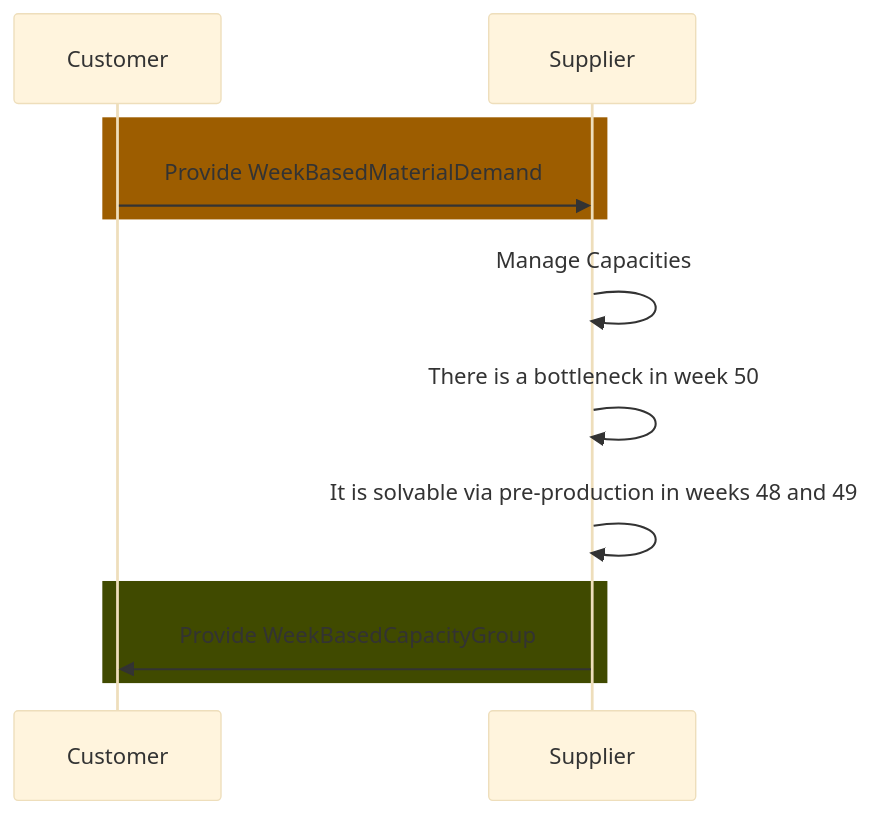
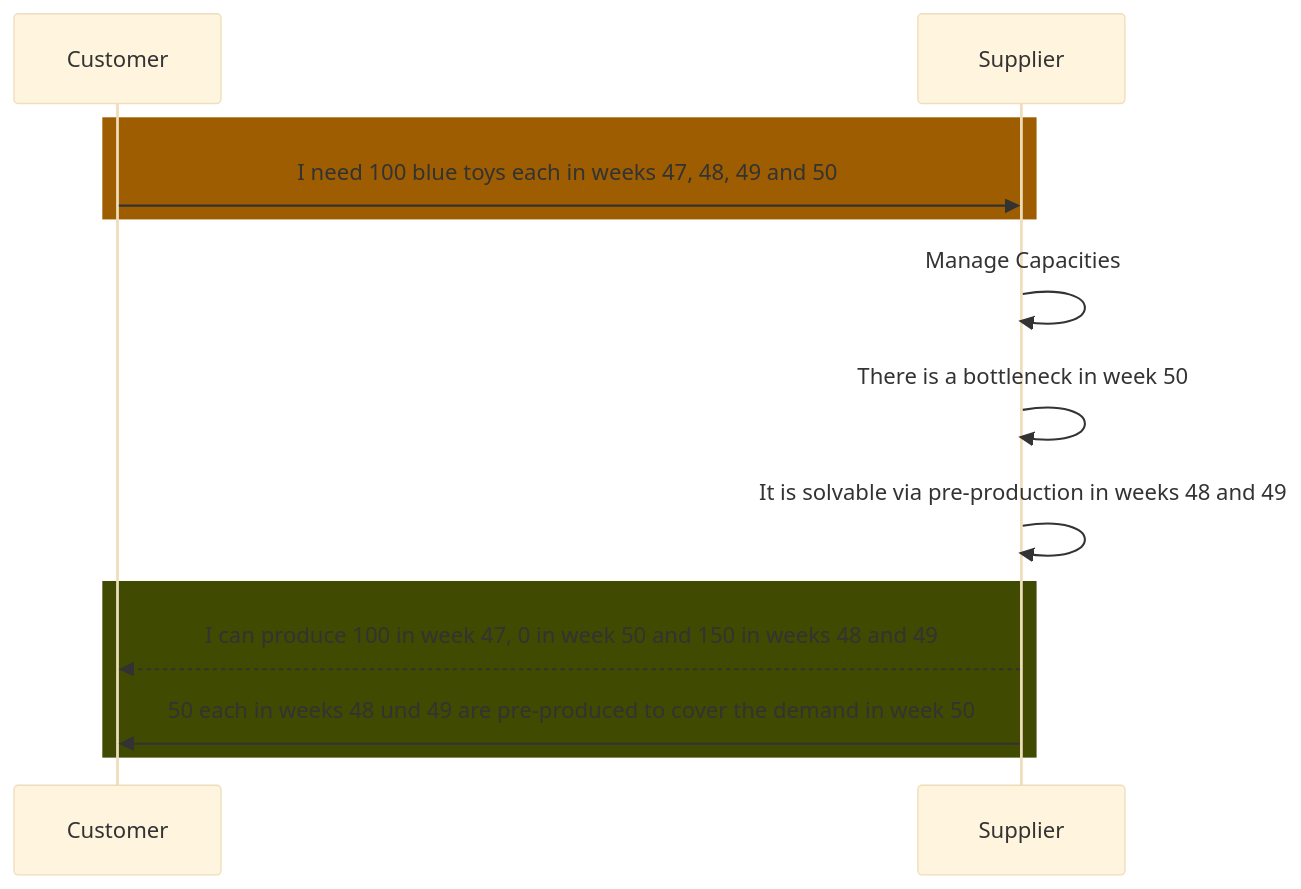
Before and after one commit to eclipse-tractusx/eclipse-tractusx.github.io: the diagram in docs-kits/kits/DCM-Kit/adoption-view/use-case/delta-production.md, drawn with Mermaid (base theme). The commit also changed 2 other files, not shown here.

Commit message:
Cleaned Up Handover Input for COmments

````diff
--- a/docs-kits/kits/DCM-Kit/adoption-view/use-case/delta-production.md
+++ b/docs-kits/kits/DCM-Kit/adoption-view/use-case/delta-production.md
@@ -23,15 +23,16 @@
 ```mermaid
 sequenceDiagram
 Participant c as Customer
 Participant s as Supplier
 rect rgb(157,93,00) 
-c->>s: Provide WeekBasedMaterialDemand
+c->>s: I need 100 blue toys each in weeks 47, 48, 49 and 50
 end
 s->>s: Manage Capacities
 s->>s: There is a bottleneck in week 50
 s->>s: It is solvable via pre-production in weeks 48 and 49  
 
 rect rgb(64,74,00)
-s->>c: Provide WeekBasedCapacityGroup
+s-->>c: I can produce 100 in week 47, 0 in week 50 and 150 in weeks 48 and 49
+s->>c: 50 each in weeks 48 und 49 are pre-produced to cover the demand in week 50
 end
 ```
````
